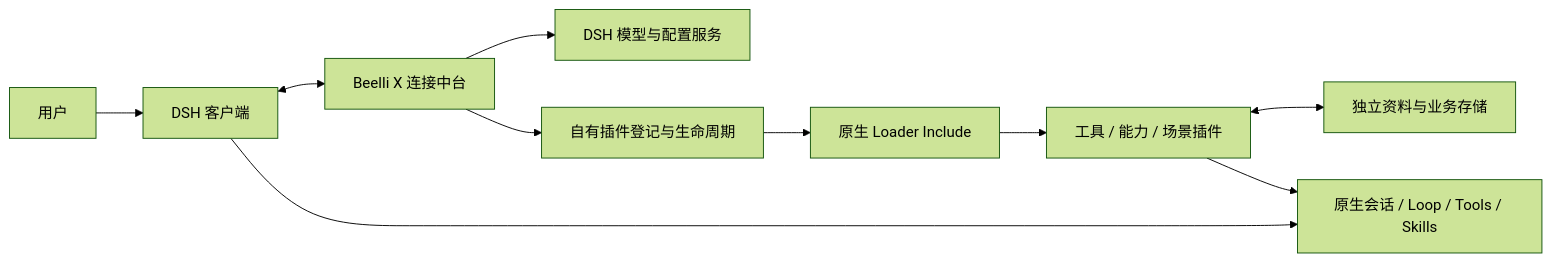
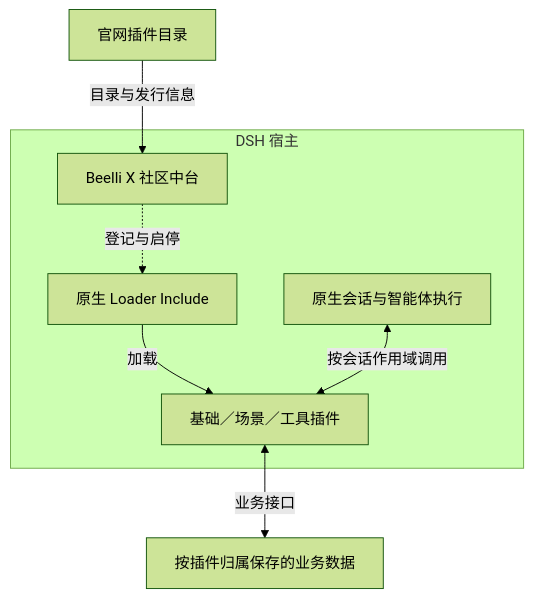
One commit to Beellix-dev/dsh-beellix-plugin changed the diagram in docs/architecture.md. Above: the diagram before and after it, drawn with Mermaid (forest theme). The commit also changed other lines of this file and 2 other files, not shown here.

Commit message:
docs: clarify DSH hosting and plugin management architecture

````diff
--- a/docs/architecture.md
+++ b/docs/architecture.md
@@ -7,12 +7,14 @@
 ```mermaid
-flowchart LR
-  U[用户] --> D[DSH 客户端]
-  D <--> P[Beelli X 连接中台]
-  D --> H[原生会话 / Loop / Tools / Skills]
-  P --> M[DSH 模型与配置服务]
-  P --> R[自有插件登记与生命周期]
-  R --> L[原生 Loader Include]
-  L --> B[工具 / 能力 / 场景插件]
-  B <--> S[独立资料与业务存储]
-  B --> H
+flowchart TB
+  W[官网插件目录] -->|目录与发行信息| P
+  subgraph DSH[DSH 宿主]
+    P[Beelli X 社区中台]
+    L[原生 Loader Include]
+    E[原生会话与智能体执行]
+    B[基础／场景／工具插件]
+    P -.->|登记与启停| L
+    L -->|加载| B
+    E <-->|按会话作用域调用| B
+  end
+  B <-->|业务接口| D[按插件归属保存的业务数据]
 ```
````
